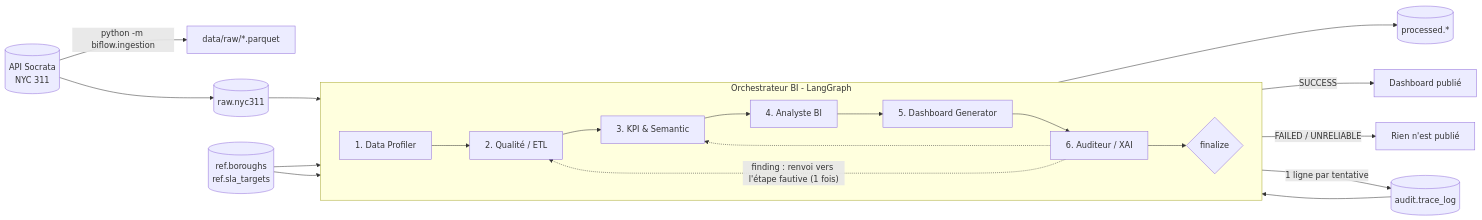
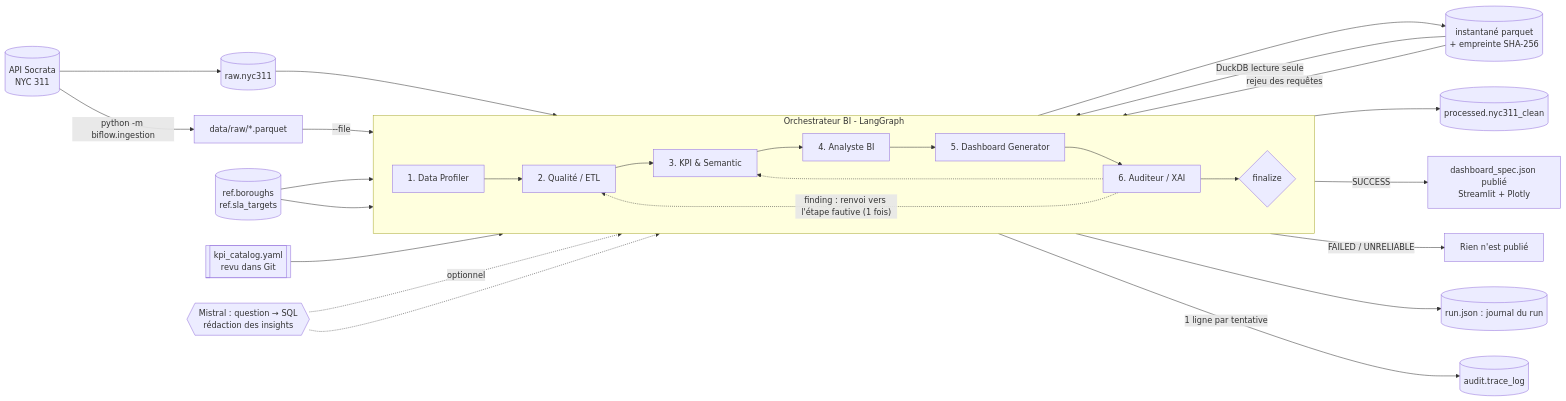
One commit to ranim147/Bi_Flow_Project changed the diagram in README.md. Above: the diagram before and after it, drawn with Mermaid. The commit also changed other lines of this file and 51 other files, not shown here.

````diff
--- a/README.md
+++ b/README.md
@@ -14,23 +28,30 @@
 ```mermaid
 flowchart LR
     API[(API Socrata<br/>NYC 311)] -->|python -m biflow.ingestion| RAWF[data/raw/*.parquet]
     API --> RAW[(raw.nyc311)]
 
     subgraph ORCH[Orchestrateur BI - LangGraph]
         direction LR
         P[1. Data Profiler] --> Q[2. Qualité / ETL] --> K[3. KPI & Semantic]
         K --> A[4. Analyste BI] --> D[5. Dashboard Generator] --> X[6. Auditeur / XAI]
         X -. "finding : renvoi vers l'étape fautive (1 fois)" .-> Q
         X -.-> K
         X --> F{finalize}
     end
 
     RAW --> P
+    RAWF -->|--file| P
     REF[(ref.boroughs<br/>ref.sla_targets)] --> Q
     REF --> K
-    Q --> PROC[(processed.*)]
-    F -->|SUCCESS| PUB[Dashboard publié]
+    Q --> SNAP[(instantané parquet<br/>+ empreinte SHA-256)]
+    Q --> PROC[(processed.nyc311_clean)]
+    CAT[[kpi_catalog.yaml<br/>revu dans Git]] --> K
+    SNAP -->|DuckDB lecture seule| K
+    LLM{{Mistral : question → SQL<br/>rédaction des insights}} -.optionnel.-> K
+    LLM -.-> A
+    SNAP -->|rejeu des requêtes| X
+    F -->|SUCCESS| PUB[dashboard_spec.json publié<br/>Streamlit + Plotly]
     F -->|FAILED / UNRELIABLE| NOPUB[Rien n'est publié]
+    F --> RUNJ[(run.json : journal du run)]
     ORCH -->|1 ligne par tentative| TRACE[(audit.trace_log)]
-    TRACE --> X
 ```
````
